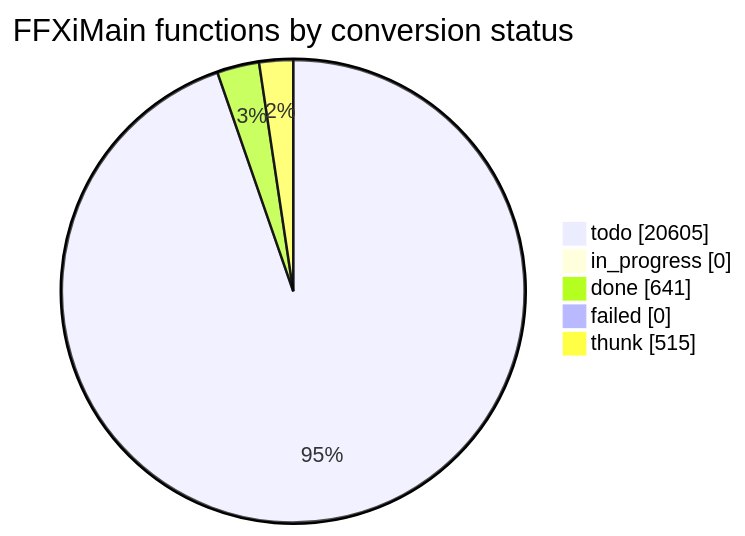
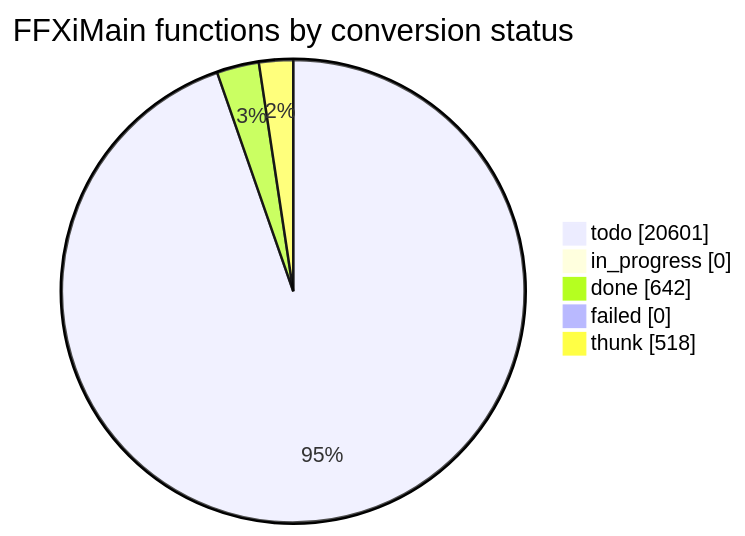
One commit to cowrevenge/cow_kuluu_xi_anything changed the diagram in docs/cow/STATUS.md. Above: the diagram before and after it, drawn with Mermaid. The commit also changed other lines of this file and 9 other files, not shown here.

````diff
--- a/docs/cow/STATUS.md
+++ b/docs/cow/STATUS.md
@@ -18,9 +18,9 @@
 ```mermaid
 pie showData
     title FFXiMain functions by conversion status
-    "todo" : 20605
+    "todo" : 20601
     "in_progress" : 0
-    "done" : 641
+    "done" : 642
     "failed" : 0
-    "thunk" : 515
+    "thunk" : 518
 ```
````
